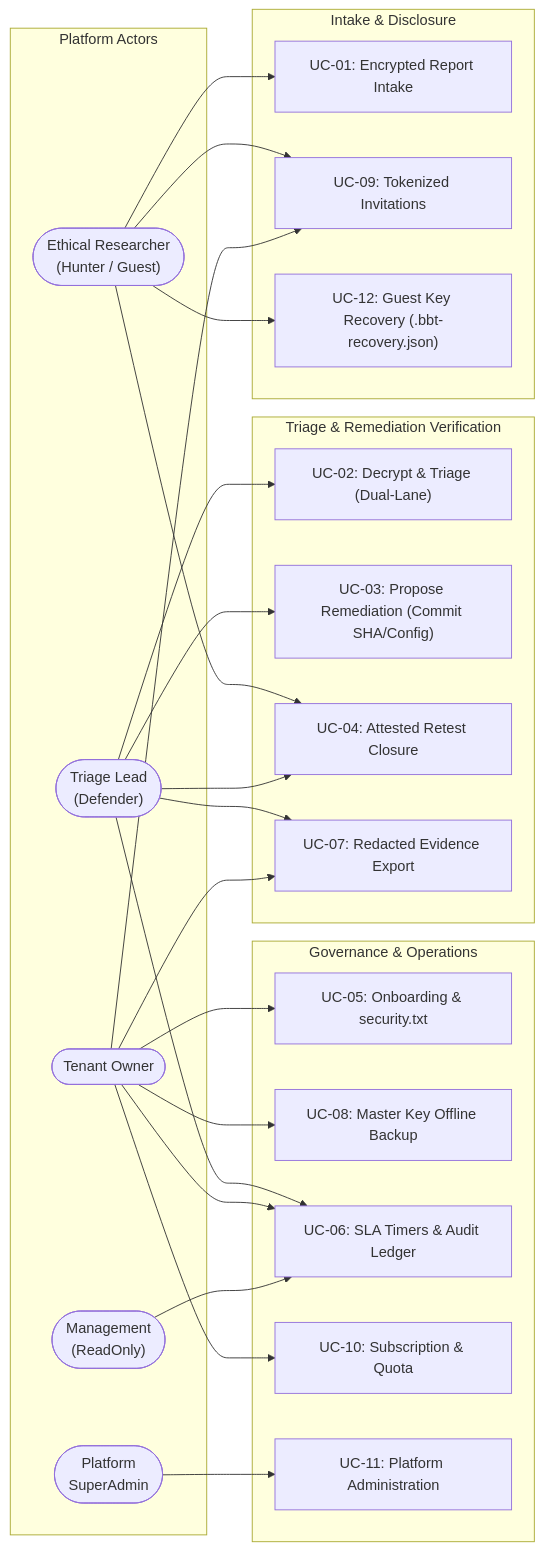
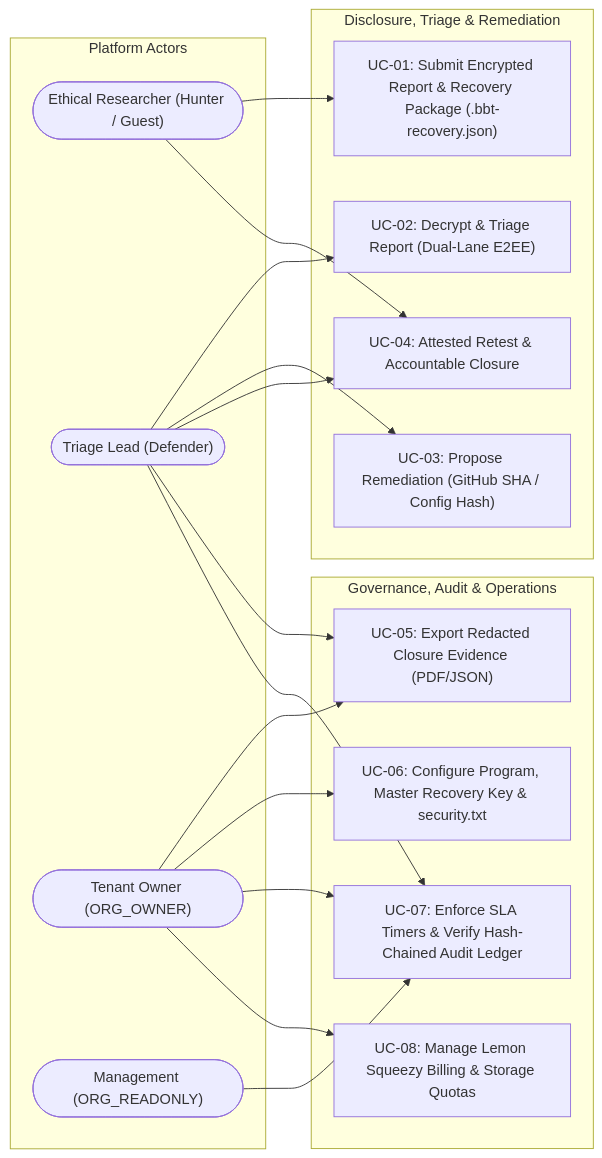
The diagram in requirements/diagrams/fig4_2_usecase.mmd (Taha-Asad/BugBountyTracker), drawn with Mermaid before and after one commit. The commit also changed 25 other files, not shown here.

Commit message:
docs(week2): audit and fix IEEE 830 SRS, regenerate monochrome high-DPI UML diagrams, and compile university-standard SRS.docx

```diff
--- a/requirements/diagrams/fig4_2_usecase.mmd
+++ b/requirements/diagrams/fig4_2_usecase.mmd
@@ -1,50 +1,37 @@
 flowchart LR
     subgraph Actors["Platform Actors"]
-        Hunter(["Ethical Researcher<br/>(Hunter / Guest)"])
-        Defender(["Triage Lead<br/>(Defender)"])
-        Owner(["Tenant Owner"])
-        ReadOnly(["Management<br/>(ReadOnly)"])
-        Admin(["Platform<br/>SuperAdmin"])
+        Hunter(["Ethical Researcher (Hunter / Guest)"])
+        Defender(["Triage Lead (Defender)"])
+        Owner(["Tenant Owner (ORG_OWNER)"])
+        ReadOnly(["Management (ORG_READONLY)"])
     end
 
-    subgraph IntakeModule["Intake & Disclosure"]
-        UC1["UC-01: Encrypted Report Intake"]
-        UC9["UC-09: Tokenized Invitations"]
-        UC12["UC-12: Guest Key Recovery (.bbt-recovery.json)"]
+    subgraph CoreCases["Disclosure, Triage & Remediation"]
+        UC1["UC-01: Submit Encrypted Report & Recovery Package (.bbt-recovery.json)"]
+        UC2["UC-02: Decrypt & Triage Report (Dual-Lane E2EE)"]
+        UC3["UC-03: Propose Remediation (GitHub SHA / Config Hash)"]
+        UC4["UC-04: Attested Retest & Accountable Closure"]
     end
 
-    subgraph TriageModule["Triage & Remediation Verification"]
-        UC2["UC-02: Decrypt & Triage (Dual-Lane)"]
-        UC3["UC-03: Propose Remediation (Commit SHA/Config)"]
-        UC4["UC-04: Attested Retest Closure"]
-        UC7["UC-07: Redacted Evidence Export"]
-    end
-
-    subgraph AdminModule["Governance & Operations"]
-        UC5["UC-05: Onboarding & security.txt"]
-        UC8["UC-08: Master Key Offline Backup"]
-        UC6["UC-06: SLA Timers & Audit Ledger"]
-        UC10["UC-10: Subscription & Quota"]
-        UC11["UC-11: Platform Administration"]
+    subgraph GovCases["Governance, Audit & Operations"]
+        UC5["UC-05: Export Redacted Closure Evidence (PDF/JSON)"]
+        UC6["UC-06: Configure Program, Master Recovery Key & security.txt"]
+        UC7["UC-07: Enforce SLA Timers & Verify Hash-Chained Audit Ledger"]
+        UC8["UC-08: Manage Lemon Squeezy Billing & Storage Quotas"]
     end
 
     Hunter --> UC1
-    Hunter --> UC9
     Hunter --> UC4
-    Hunter --> UC12
 
     Defender --> UC2
     Defender --> UC3
     Defender --> UC4
-    Defender --> UC6
+    Defender --> UC5
     Defender --> UC7
 
     Owner --> UC5
     Owner --> UC6
     Owner --> UC7
     Owner --> UC8
-    Owner --> UC9
-    Owner --> UC10
 
-    ReadOnly --> UC6
-    Admin --> UC11
+    ReadOnly --> UC7
```
